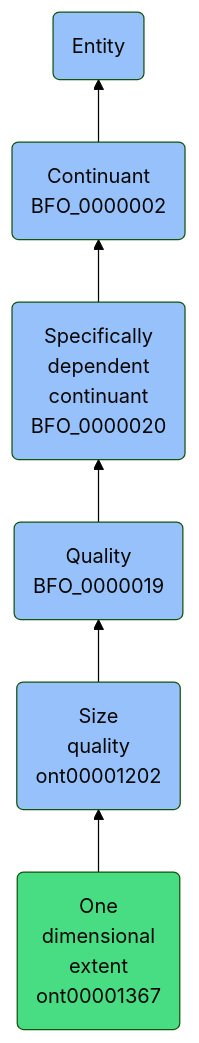
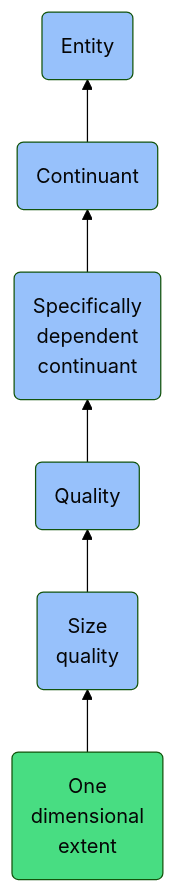
Before and after one commit to jupyter-naas/abi: the diagram in docs/ontology/reference/model/Entity/Continuant/Specifically dependent continuant/Quality/Size quality/One dimensional extent/One dimensional extent.md, drawn with Mermaid (forest theme). The commit also changed other lines of this file and 1430 other files, not shown here.

````diff
--- a/docs/ontology/reference/model/Entity/Continuant/Specifically dependent continuant/Quality/Size quality/One dimensional extent/One dimensional extent.md
+++ b/docs/ontology/reference/model/Entity/Continuant/Specifically dependent continuant/Quality/Size quality/One dimensional extent/One dimensional extent.md
@@ -24,13 +24,13 @@
 ```mermaid
 graph BT
-    ont00001367(One<br>dimensional<br>extent<br>ont00001367):::ABI-->ont00001202
-    ont00001202(Size<br>quality<br>ont00001202):::BFO-->BFO_0000019
-    BFO_0000019(Quality<br>BFO_0000019):::BFO-->BFO_0000020
-    BFO_0000020(Specifically<br>dependent<br>continuant<br>BFO_0000020):::BFO-->BFO_0000002
-    BFO_0000002(Continuant<br>BFO_0000002):::BFO-->BFO_0000001
+    ont00001367(One<br>dimensional<br>extent):::ABI-->ont00001202
+    ont00001202(Size<br>quality):::BFO-->BFO_0000019
+    BFO_0000019(Quality):::BFO-->BFO_0000020
+    BFO_0000020(Specifically<br>dependent<br>continuant):::BFO-->BFO_0000002
+    BFO_0000002(Continuant):::BFO-->BFO_0000001
     BFO_0000001(Entity):::BFO
     
     classDef BFO fill:#97c1fb,color:#060606
     classDef CCO fill:#e4c51e,color:#060606
     classDef ABI fill:#48DD82,color:#060606
 ```
````
